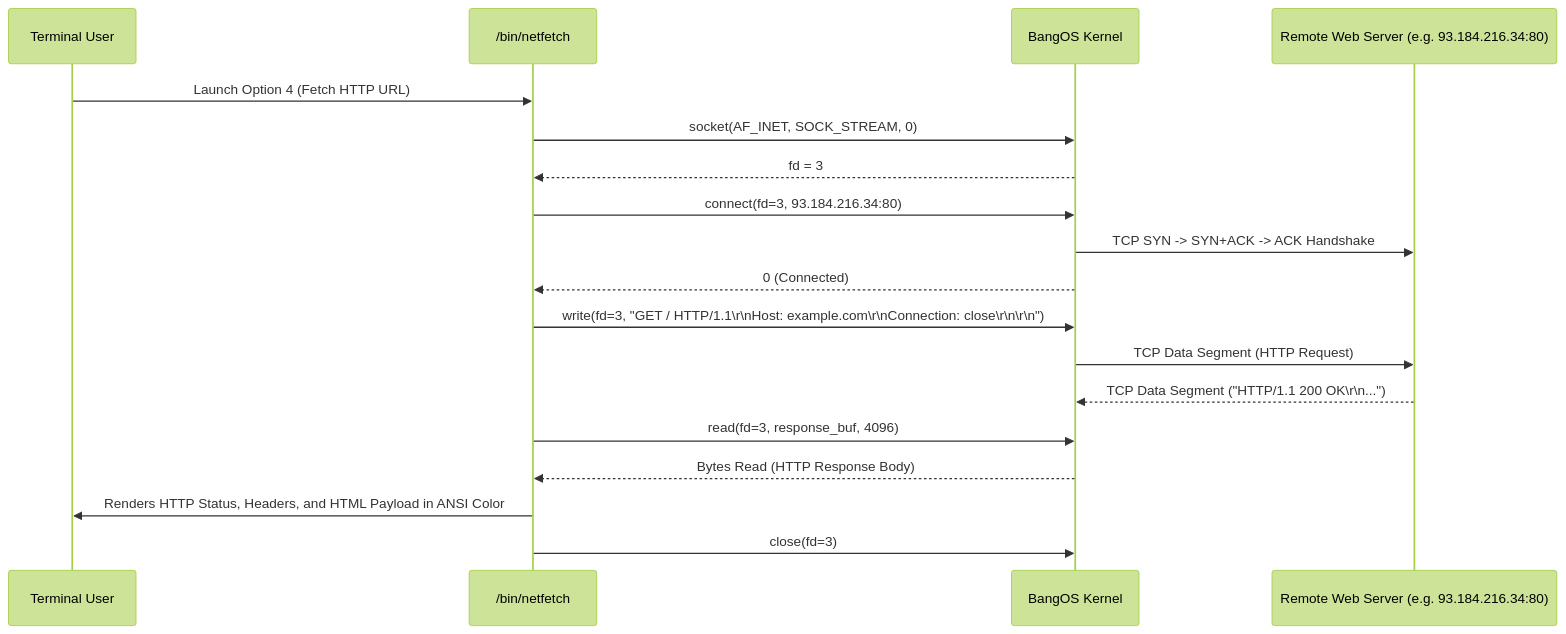
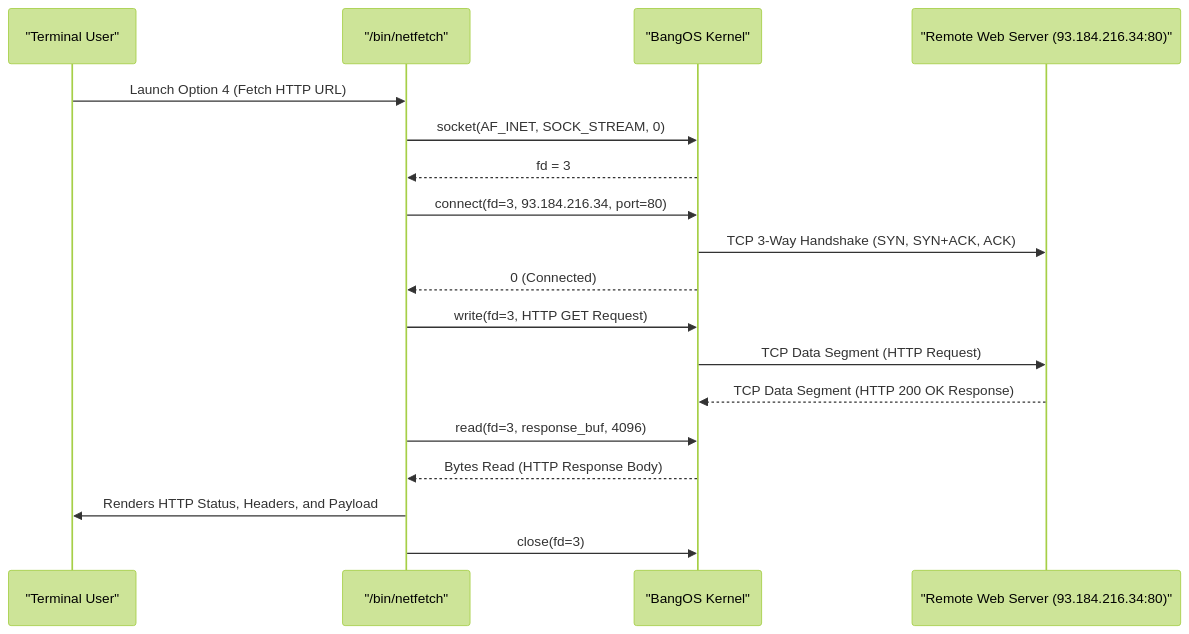
Before and after one commit to vikman90/bangos: the second of 3 diagrams in docs/16-socket-api-and-http.md, drawn with Mermaid (forest theme). The commit also changed other lines of this file and 4 other files, not shown here.

First line of the commit message:
fix(docs): correct Mermaid diagram syntax across documentation

````diff
--- a/docs/16-socket-api-and-http.md
+++ b/docs/16-socket-api-and-http.md
@@ -66,21 +66,21 @@
 ```mermaid
 sequenceDiagram
-    participant User as Terminal User
-    participant App as /bin/netfetch
-    participant Kernel as BangOS Kernel
-    participant Web as Remote Web Server (e.g. 93.184.216.34:80)
+    participant User as "Terminal User"
+    participant App as "/bin/netfetch"
+    participant Kernel as "BangOS Kernel"
+    participant Web as "Remote Web Server (93.184.216.34:80)"
 
     User->>App: Launch Option 4 (Fetch HTTP URL)
     App->>Kernel: socket(AF_INET, SOCK_STREAM, 0)
     Kernel-->>App: fd = 3
-    App->>Kernel: connect(fd=3, 93.184.216.34:80)
-    Kernel->>Web: TCP SYN -> SYN+ACK -> ACK Handshake
+    App->>Kernel: connect(fd=3, 93.184.216.34, port=80)
+    Kernel->>Web: TCP 3-Way Handshake (SYN, SYN+ACK, ACK)
     Kernel-->>App: 0 (Connected)
-    App->>Kernel: write(fd=3, "GET / HTTP/1.1\r\nHost: example.com\r\nConnection: close\r\n\r\n")
+    App->>Kernel: write(fd=3, HTTP GET Request)
     Kernel->>Web: TCP Data Segment (HTTP Request)
-    Web-->>Kernel: TCP Data Segment ("HTTP/1.1 200 OK\r\n...")
+    Web-->>Kernel: TCP Data Segment (HTTP 200 OK Response)
     App->>Kernel: read(fd=3, response_buf, 4096)
     Kernel-->>App: Bytes Read (HTTP Response Body)
-    App->>User: Renders HTTP Status, Headers, and HTML Payload in ANSI Color
+    App->>User: Renders HTTP Status, Headers, and Payload
     App->>Kernel: close(fd=3)
 ```
````
